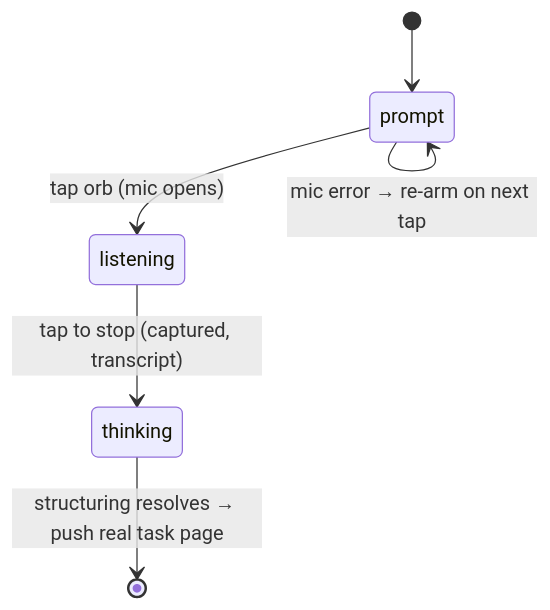
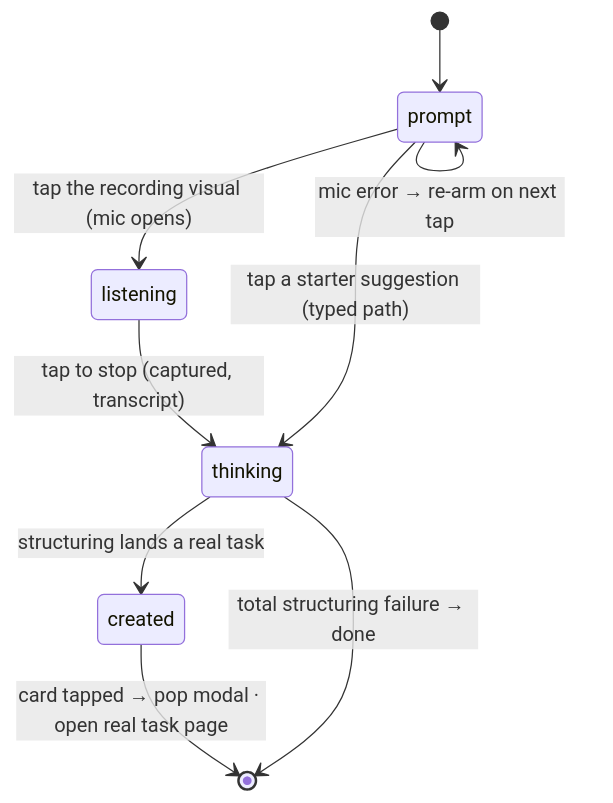
The fourth of 4 diagrams in lib/features/onboarding/README.md (matthiasn/lotti), drawn with Mermaid before and after one commit. The commit also changed other lines of this file and 61 other files, not shown here.

````diff
--- a/lib/features/onboarding/README.md
+++ b/lib/features/onboarding/README.md
@@ -188,8 +211,11 @@
 ```mermaid
 stateDiagram-v2
     [*] --> prompt
-    prompt --> listening: tap orb (mic opens)
+    prompt --> listening: tap the recording visual (mic opens)
     listening --> thinking: tap to stop (captured, transcript)
+    prompt --> thinking: tap a starter suggestion (typed path)
     prompt --> prompt: mic error → re-arm on next tap
-    thinking --> [*]: structuring resolves → push real task page
+    thinking --> created: structuring lands a real task
+    created --> [*]: card tapped → pop modal · open real task page
+    thinking --> [*]: total structuring failure → done
 ```
````
